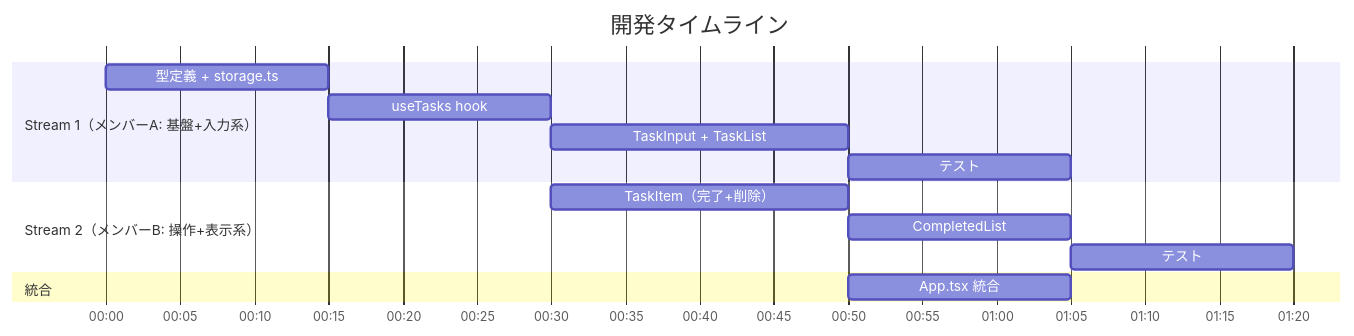
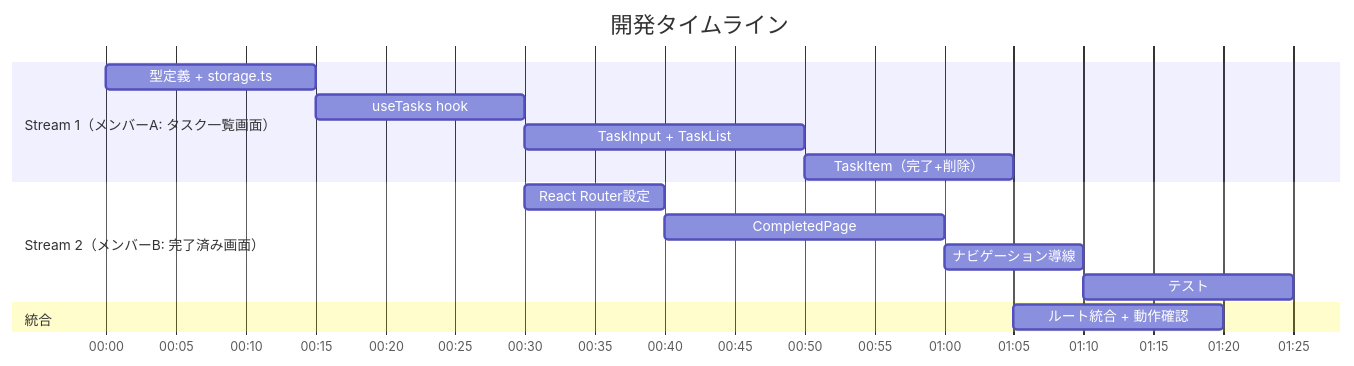
Before and after one commit to takashimamorino/aidlc-workflows: the diagram in aidlc-docs/blueprint/team-plan.md, drawn with Mermaid. The commit also changed other lines of this file and 20 other files, not shown here.

````diff
--- a/aidlc-docs/blueprint/team-plan.md
+++ b/aidlc-docs/blueprint/team-plan.md
@@ -26,20 +26,21 @@
 ```mermaid
 gantt
     title 開発タイムライン
     dateFormat  HH:mm
     axisFormat  %H:%M
 
-    section Stream 1（メンバーA: 基盤+入力系）
+    section Stream 1（メンバーA: タスク一覧画面）
     型定義 + storage.ts      :a1, 00:00, 15m
     useTasks hook            :a2, after a1, 15m
     TaskInput + TaskList     :a3, after a2, 20m
-    テスト                   :a4, after a3, 15m
+    TaskItem（完了+削除）     :a4, after a3, 15m
 
-    section Stream 2（メンバーB: 操作+表示系）
-    TaskItem（完了+削除）     :b1, after a2, 20m
-    CompletedList            :b2, after b1, 15m
-    テスト                   :b3, after b2, 15m
+    section Stream 2（メンバーB: 完了済み画面）
+    React Router設定          :b1, after a2, 10m
+    CompletedPage            :b2, after b1, 20m
+    ナビゲーション導線        :b3, after b2, 10m
+    テスト                   :b4, after b3, 15m
 
     section 統合
-    App.tsx 統合              :c1, after a3, 15m
+    ルート統合 + 動作確認     :c1, after a4, 15m
 ```
````
